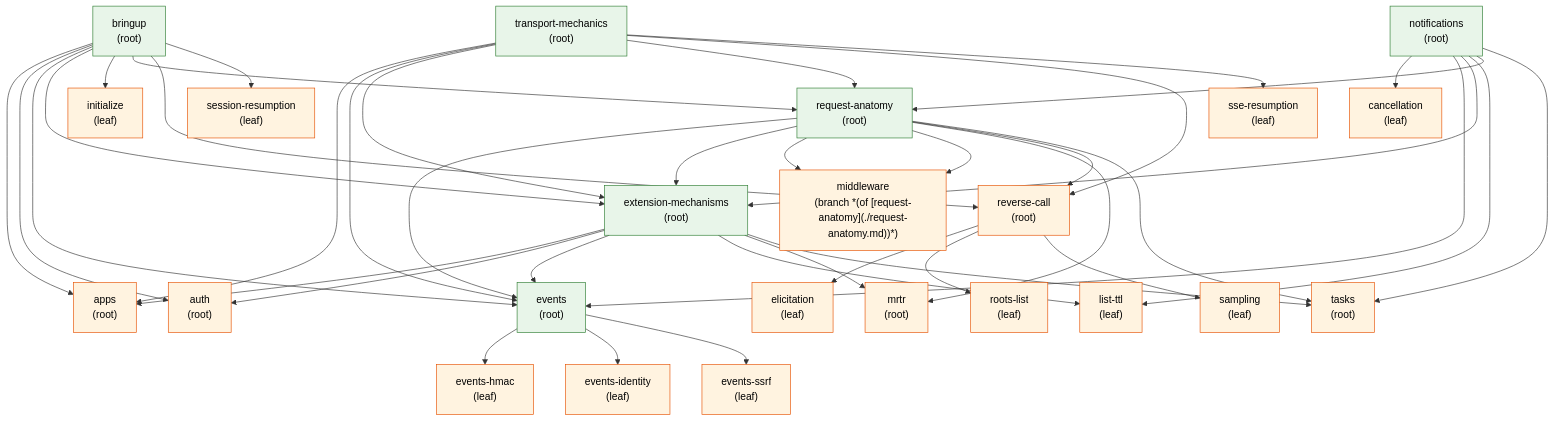
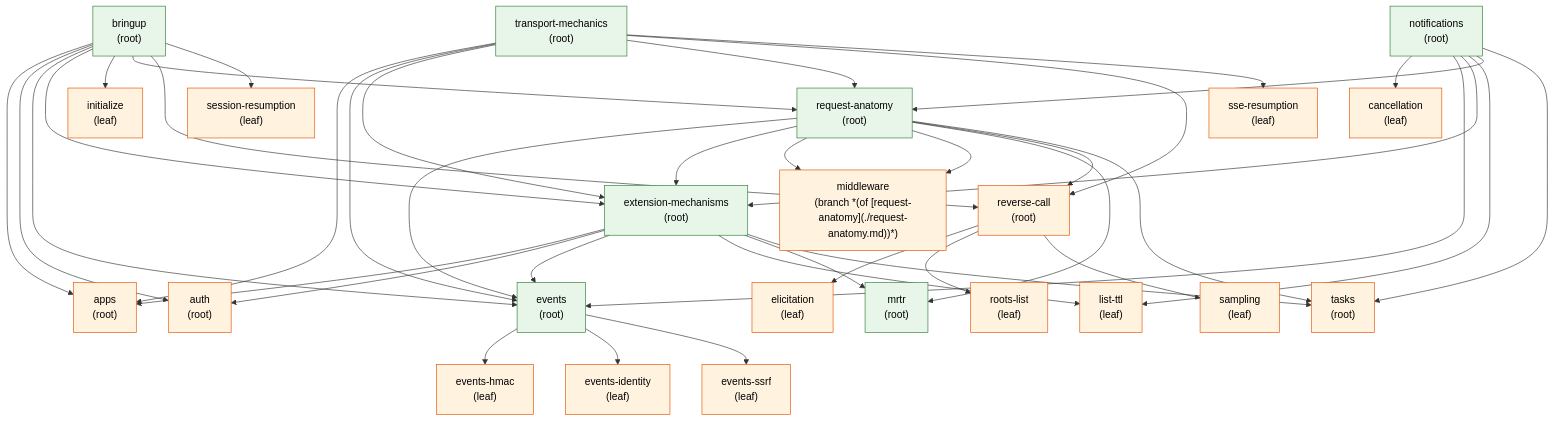
Before and after one commit to panyam/mcpkit: the diagram in tutorials/walkthrough/GRAPH.md, drawn with Mermaid. The commit also changed 6 other files, not shown here.

````diff
--- a/tutorials/walkthrough/GRAPH.md
+++ b/tutorials/walkthrough/GRAPH.md
@@ -94,6 +94,6 @@
 
     classDef written fill:#e8f5e9,stroke:#2e7d32,color:#000;
     classDef stub fill:#fff3e0,stroke:#e65100,color:#000;
-    class bringup,events,extension-mechanisms,notifications,request-anatomy,transport-mechanics written;
-    class apps,auth,cancellation,elicitation,events-hmac,events-identity,events-ssrf,initialize,list-ttl,middleware,mrtr,reverse-call,roots-list,sampling,session-resumption,sse-resumption,tasks stub;
+    class bringup,events,extension-mechanisms,mrtr,notifications,request-anatomy,transport-mechanics written;
+    class apps,auth,cancellation,elicitation,events-hmac,events-identity,events-ssrf,initialize,list-ttl,middleware,reverse-call,roots-list,sampling,session-resumption,sse-resumption,tasks stub;
 ```
````
